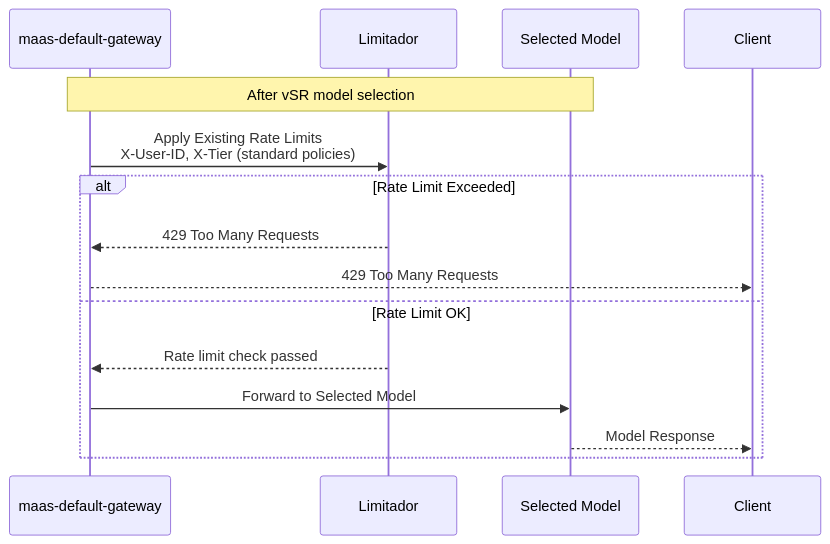
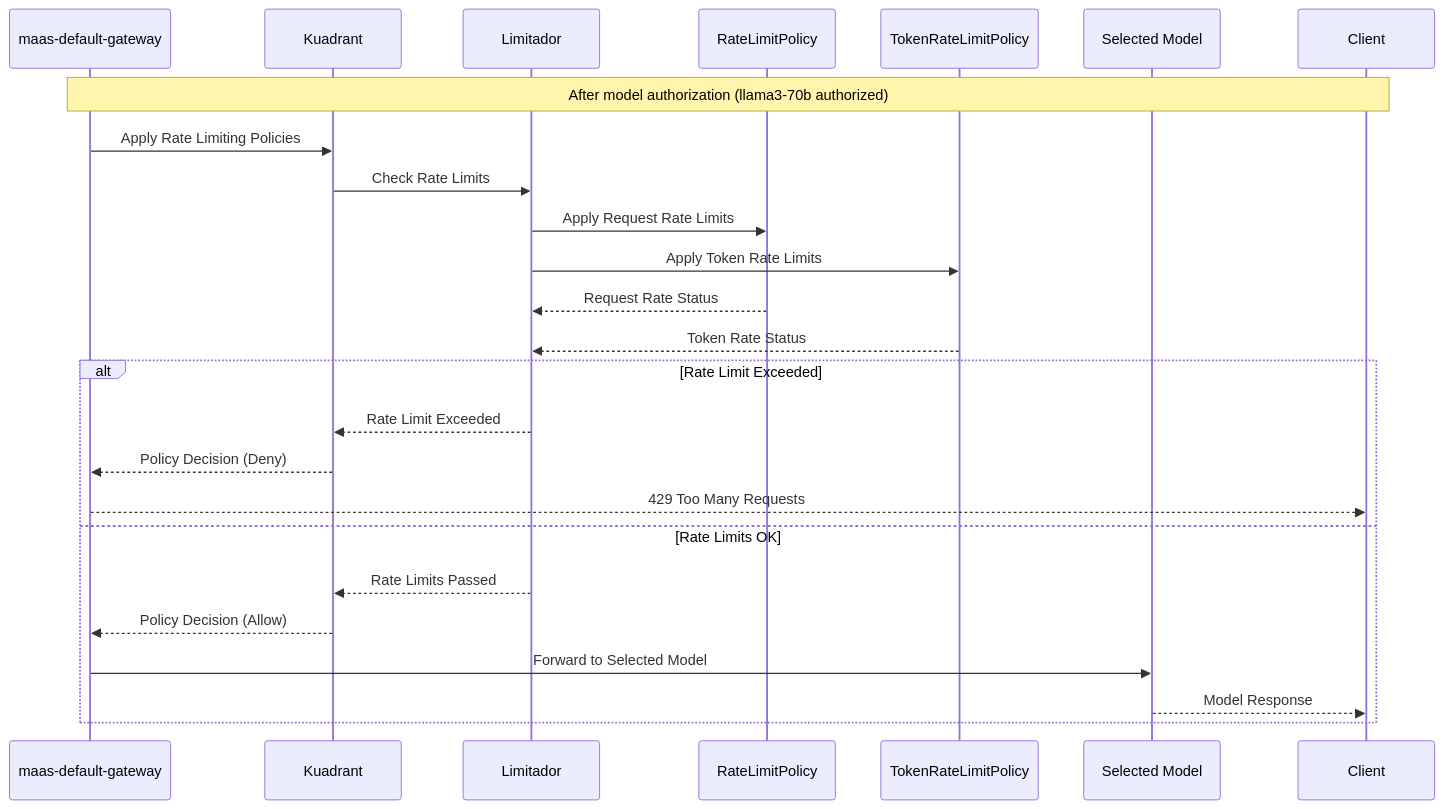
Diagram 12 of 13 in docs/designs/vSR-Integration/README.md (noyitz/maas-billing), drawn with Mermaid before and after one commit. The commit also changed other lines of this file, not shown here.

First line of the commit message:
Align phases with actual MaaS architecture and Kuadrant flow

````diff
--- a/docs/designs/vSR-Integration/README.md
+++ b/docs/designs/vSR-Integration/README.md
@@ -445,19 +453,29 @@
 ```mermaid
 sequenceDiagram
     participant Gateway as maas-default-gateway
+    participant Kuadrant
     participant Limitador
+    participant RateLimitPolicy
+    participant TokenRateLimitPolicy
     participant KServe as Selected Model
     participant Client
     
-    Note over Gateway,KServe: After vSR model selection
-    Gateway->>Limitador: Apply Existing Rate Limits<br/>X-User-ID, X-Tier (standard policies)
+    Note over Gateway,Client: After model authorization (llama3-70b authorized)
+    Gateway->>Kuadrant: Apply Rate Limiting Policies
+    Kuadrant->>Limitador: Check Rate Limits
+    Limitador->>RateLimitPolicy: Apply Request Rate Limits
+    Limitador->>TokenRateLimitPolicy: Apply Token Rate Limits
+    RateLimitPolicy-->>Limitador: Request Rate Status
+    TokenRateLimitPolicy-->>Limitador: Token Rate Status
     
     alt Rate Limit Exceeded
-        Limitador-->>Gateway: 429 Too Many Requests
+        Limitador-->>Kuadrant: Rate Limit Exceeded
+        Kuadrant-->>Gateway: Policy Decision (Deny)
         Gateway-->>Client: 429 Too Many Requests
-    else Rate Limit OK
-        Limitador-->>Gateway: Rate limit check passed
+    else Rate Limits OK
+        Limitador-->>Kuadrant: Rate Limits Passed
+        Kuadrant-->>Gateway: Policy Decision (Allow)
         Gateway->>KServe: Forward to Selected Model
         KServe-->>Client: Model Response
     end
 ```
````
